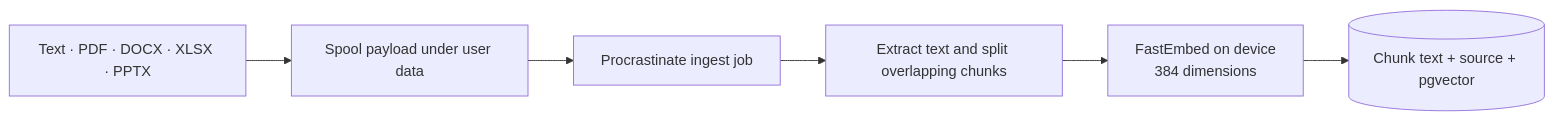
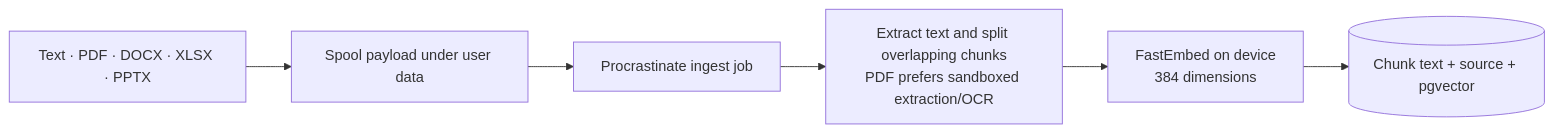
Diagram 12 of 21 in ARCHITECTURE.md (zaidt156/Orrery), drawn with Mermaid before and after one commit. The commit also changed other lines of this file and 20 other files, not shown here.

````diff
--- a/ARCHITECTURE.md
+++ b/ARCHITECTURE.md
@@ -392,8 +402,8 @@
 ```mermaid
 flowchart LR
     upload["Text · PDF · DOCX · XLSX · PPTX"] --> spool["Spool payload under user data"]
     spool --> queue["Procrastinate ingest job"]
-    queue --> extract["Extract text and split overlapping chunks"]
+    queue --> extract["Extract text and split overlapping chunks<br/>PDF prefers sandboxed extraction/OCR"]
     extract --> embed["FastEmbed on device<br/>384 dimensions"]
     embed --> chunks[("Chunk text + source + pgvector")]
 ```
````
